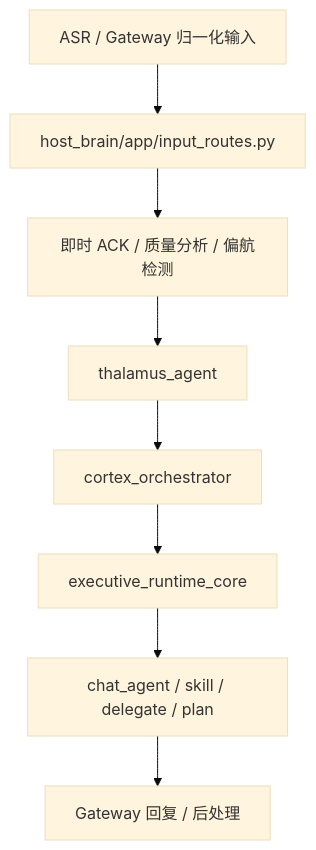
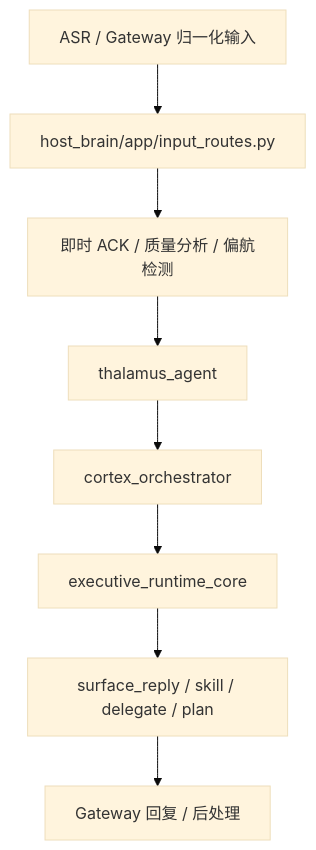
The third of 4 diagrams in docs/15_theory/architecture_overview.md (SakuraYoruno/Natsume_Ai), drawn with Mermaid (base theme) before and after one commit. The commit also changed other lines of this file and 6 other files, not shown here.

First line of the commit message:
docs: sync LIVING docs with surface_reply refactor (chat_agent → surface_reply)

````diff
--- a/docs/15_theory/architecture_overview.md
+++ b/docs/15_theory/architecture_overview.md
@@ -98,10 +98,10 @@
 ```mermaid
 flowchart TD
     A["ASR / Gateway 归一化输入"] --> B["host_brain/app/input_routes.py"]
     B --> C["即时 ACK / 质量分析 / 偏航检测"]
     C --> D["thalamus_agent"]
     D --> E["cortex_orchestrator"]
     E --> F["executive_runtime_core"]
-    F --> G["chat_agent / skill / delegate / plan"]
+    F --> G["surface_reply / skill / delegate / plan"]
     G --> H["Gateway 回复 / 后处理"]
 ```
````
